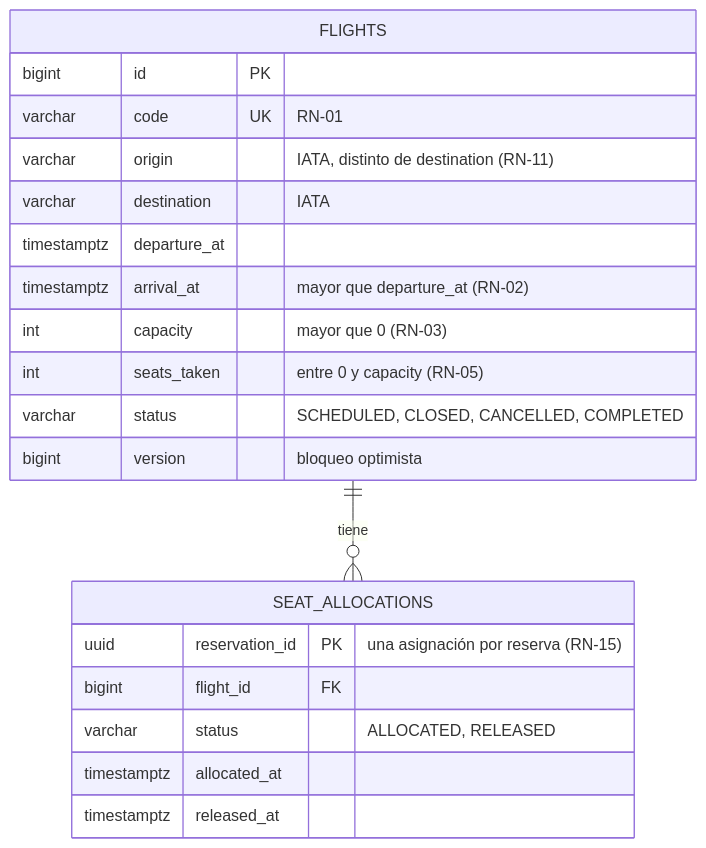
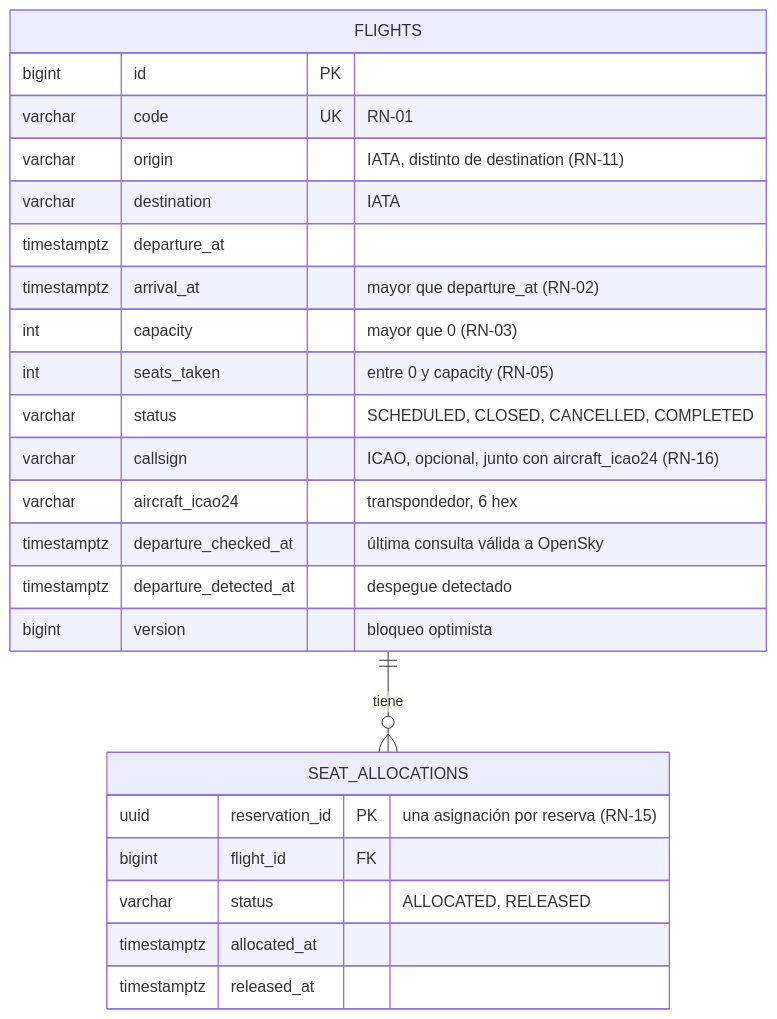
One commit to aguss0/AeroGest changed the sixth of 7 diagrams in docs/arquitectura.md. Above: the diagram before and after it, drawn with Mermaid. The commit also changed other lines of this file and 40 other files, not shown here.

First line of the commit message:
Integración con OpenSky Network: verificación de salida real (RN-16)

````diff
--- a/docs/arquitectura.md
+++ b/docs/arquitectura.md
@@ -194,23 +235,27 @@
 ```mermaid
 erDiagram
     FLIGHTS ||--o{ SEAT_ALLOCATIONS : "tiene"
     FLIGHTS {
         bigint id PK
         varchar code UK "RN-01"
         varchar origin "IATA, distinto de destination (RN-11)"
         varchar destination "IATA"
         timestamptz departure_at
         timestamptz arrival_at "mayor que departure_at (RN-02)"
         int capacity "mayor que 0 (RN-03)"
         int seats_taken "entre 0 y capacity (RN-05)"
         varchar status "SCHEDULED, CLOSED, CANCELLED, COMPLETED"
+        varchar callsign "ICAO, opcional, junto con aircraft_icao24 (RN-16)"
+        varchar aircraft_icao24 "transpondedor, 6 hex"
+        timestamptz departure_checked_at "última consulta válida a OpenSky"
+        timestamptz departure_detected_at "despegue detectado"
         bigint version "bloqueo optimista"
     }
     SEAT_ALLOCATIONS {
         uuid reservation_id PK "una asignación por reserva (RN-15)"
         bigint flight_id FK
         varchar status "ALLOCATED, RELEASED"
         timestamptz allocated_at
         timestamptz released_at
     }
 ```
````
